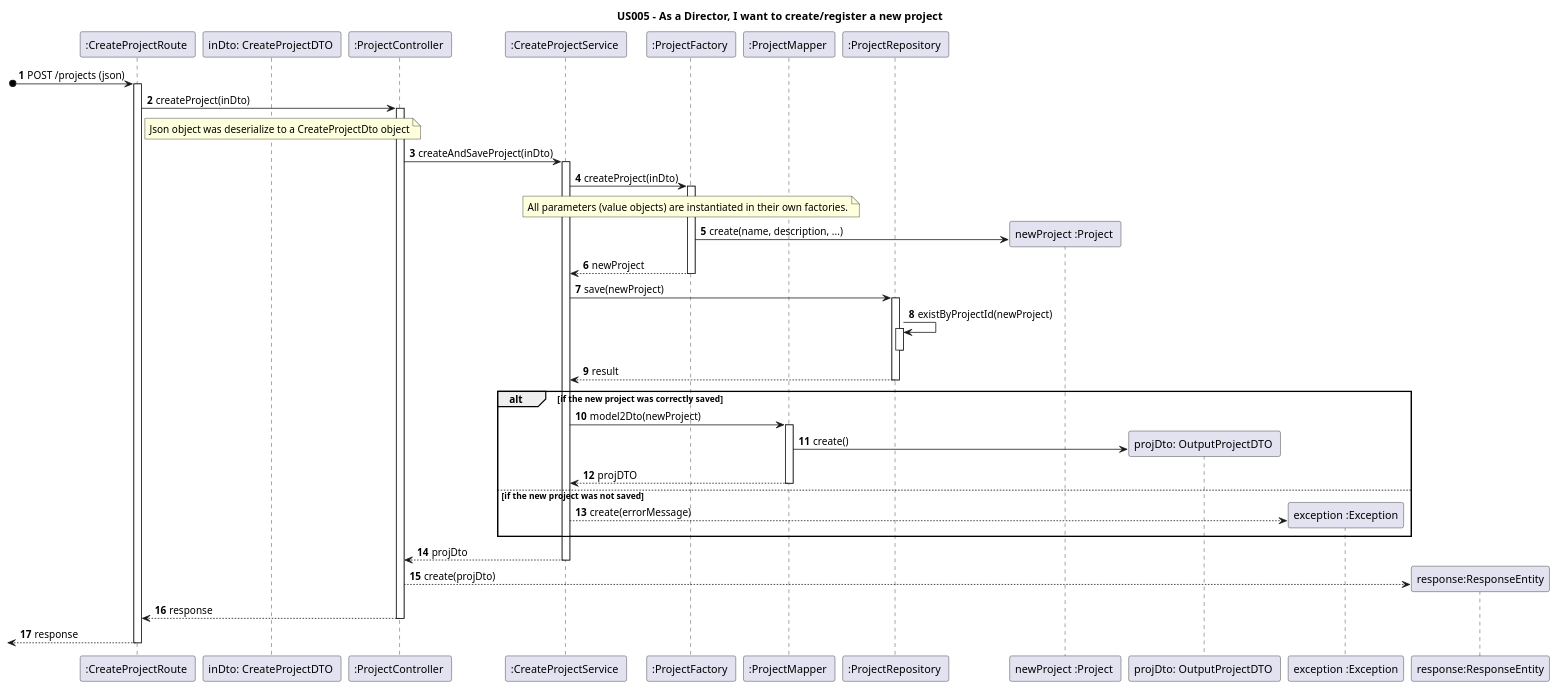
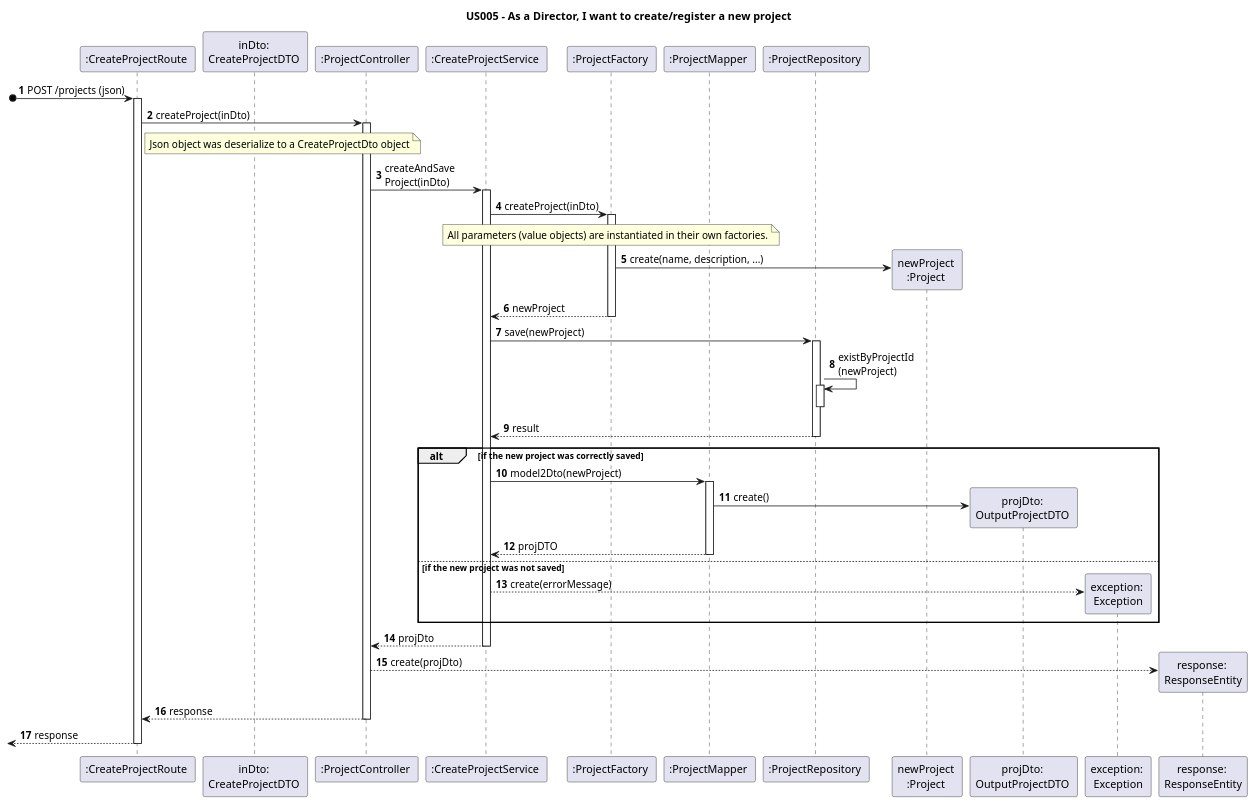
Before and after one commit to nunogon1211787/projectManagement: the diagram in docs/Sprint1/US005/US005-SD.puml, drawn with PlantUML. The commit also changed 12 other files, not shown here.

```diff
--- a/docs/Sprint1/US005/US005-SD.puml
+++ b/docs/Sprint1/US005/US005-SD.puml
@@ -1,66 +1,67 @@
 @startuml
 'https://plantuml.com/class-diagram
 
 title US005 - As a Director, I want to create/register a new project
 
 autoactivate on
 autonumber
 
 
 participant ":CreateProjectRoute " as route
-participant "inDto: CreateProjectDTO " as inDto
+participant "inDto: \nCreateProjectDTO " as inDto
 participant ":ProjectController " as controller
 participant ":CreateProjectService " as service
 participant ":ProjectFactory " as factory
 participant ":ProjectMapper " as mapper
 participant ":ProjectRepository " as store
-participant "newProject :Project " as project
-participant "projDto: OutputProjectDTO " as dto
-participant "exception :Exception" as exc
-participant "response:ResponseEntity" as json
+participant "newProject \n:Project " as project
+participant "projDto: \nOutputProjectDTO " as dto
+participant "exception: \nException" as exc
+participant "response: \nResponseEntity" as json
+
 
 
 [o->  route: POST /projects (json)
 route -> controller: createProject(inDto)
 
 note right route: Json object was deserialize to a CreateProjectDto object
 
-controller -> service: createAndSaveProject(inDto)
+controller -> service: createAndSave\nProject(inDto)
 
 service -> factory: createProject(inDto)
 
 note over factory : All parameters (value objects) are instantiated in their own factories.
 
 factory -> project**: create(name, description, ...)
 
 factory --> service: newProject
 
 service -> store: save(newProject)
-store -> store: existByProjectId(newProject)
+store -> store: existByProjectId\n(newProject)
 deactivate store
 
 store --> service: result
 
 alt if the new project was correctly saved
 
 service -> mapper: model2Dto(newProject)
 
 mapper -> dto**: create()
 
 mapper --> service: projDTO
 
 else if the new project was not saved
 
 service --> exc** : create(errorMessage)
 
 end
 
 service --> controller: projDto
 
 controller --> json**: create(projDto)
 
 controller --> route: response
 
 [<-- route: response
 
 @enduml
```
